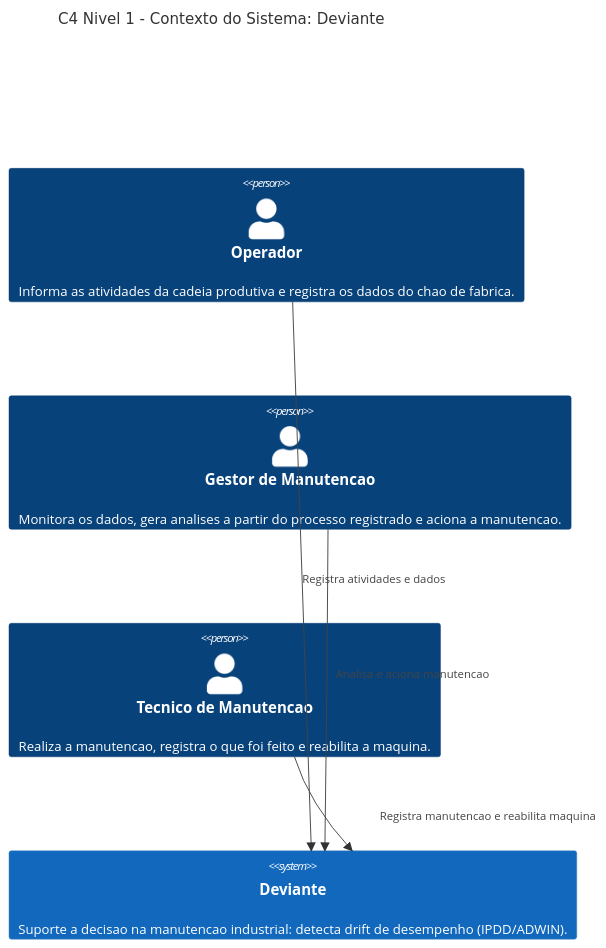
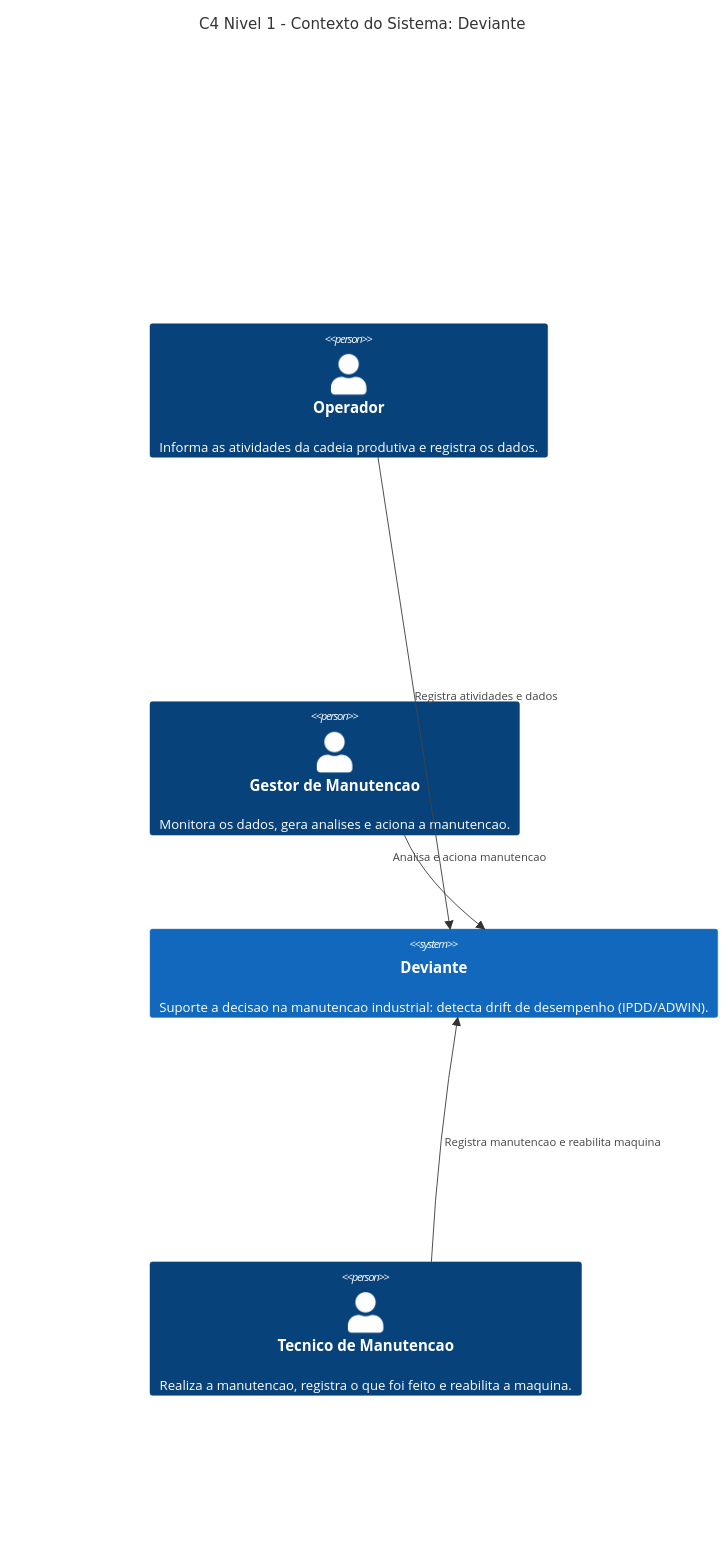
One commit to aland3r/deviante-docs changed the diagram in architecture/c4/level 1.mmd. Above: the diagram before and after it, drawn with Mermaid. The commit also changed 1 other file, not shown here.

Commit message:
C4 nível 1: operador em cima, gestor à esquerda, técnico embaixo
Claude-Session: https://claude.ai/code/session_01AmE5KfE7b9iNvkkPZemtYe

```diff
--- a/architecture/c4/level 1.mmd
+++ b/architecture/c4/level 1.mmd
@@ -1,16 +1,26 @@
 C4Context
     title C4 Nivel 1 - Contexto do Sistema: Deviante
 
-    Person(operador, "Operador", "Informa as atividades da cadeia produtiva e registra os dados do chao de fabrica.")
-    Person(gestor, "Gestor de Manutencao", "Monitora os dados, gera analises a partir do processo registrado e aciona a manutencao.")
+    System(e1, " ", " ")
+    Person(operador, "Operador", "Informa as atividades da cadeia produtiva e registra os dados.")
+    System(e2, " ", " ")
+    Person(gestor, "Gestor de Manutencao", "Monitora os dados, gera analises e aciona a manutencao.")
+    System(deviante, "Deviante", "Suporte a decisao na manutencao industrial: detecta drift de desempenho (IPDD/ADWIN).")
+    System(e3, " ", " ")
+    System(e4, " ", " ")
     Person(tecnico, "Tecnico de Manutencao", "Realiza a manutencao, registra o que foi feito e reabilita a maquina.")
-    System(deviante, "Deviante", "Suporte a decisao na manutencao industrial: detecta drift de desempenho (IPDD/ADWIN).")
+    System(e5, " ", " ")
 
     Rel(operador, deviante, "Registra atividades e dados")
     Rel(gestor, deviante, "Analisa e aciona manutencao")
     Rel(tecnico, deviante, "Registra manutencao e reabilita maquina")
 
-    UpdateRelStyle(gestor, deviante, $offsetX="10", $offsetY="-20")
-    UpdateRelStyle(tecnico, deviante, $offsetX="60", $offsetY="10")
+    UpdateRelStyle(gestor, deviante, $offsetX="-55", $offsetY="-30")
+
+    UpdateElementStyle(e1, $bgColor="transparent", $borderColor="transparent", $fontColor="transparent")
+    UpdateElementStyle(e2, $bgColor="transparent", $borderColor="transparent", $fontColor="transparent")
+    UpdateElementStyle(e3, $bgColor="transparent", $borderColor="transparent", $fontColor="transparent")
+    UpdateElementStyle(e4, $bgColor="transparent", $borderColor="transparent", $fontColor="transparent")
+    UpdateElementStyle(e5, $bgColor="transparent", $borderColor="transparent", $fontColor="transparent")
 
     UpdateLayoutConfig($c4ShapeInRow="3", $c4BoundaryInRow="1")
```
